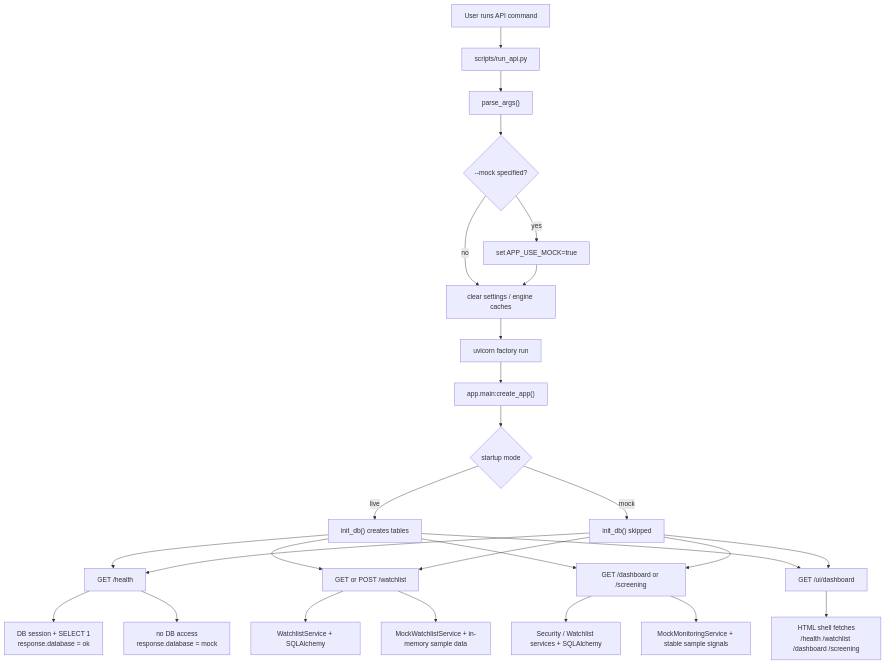
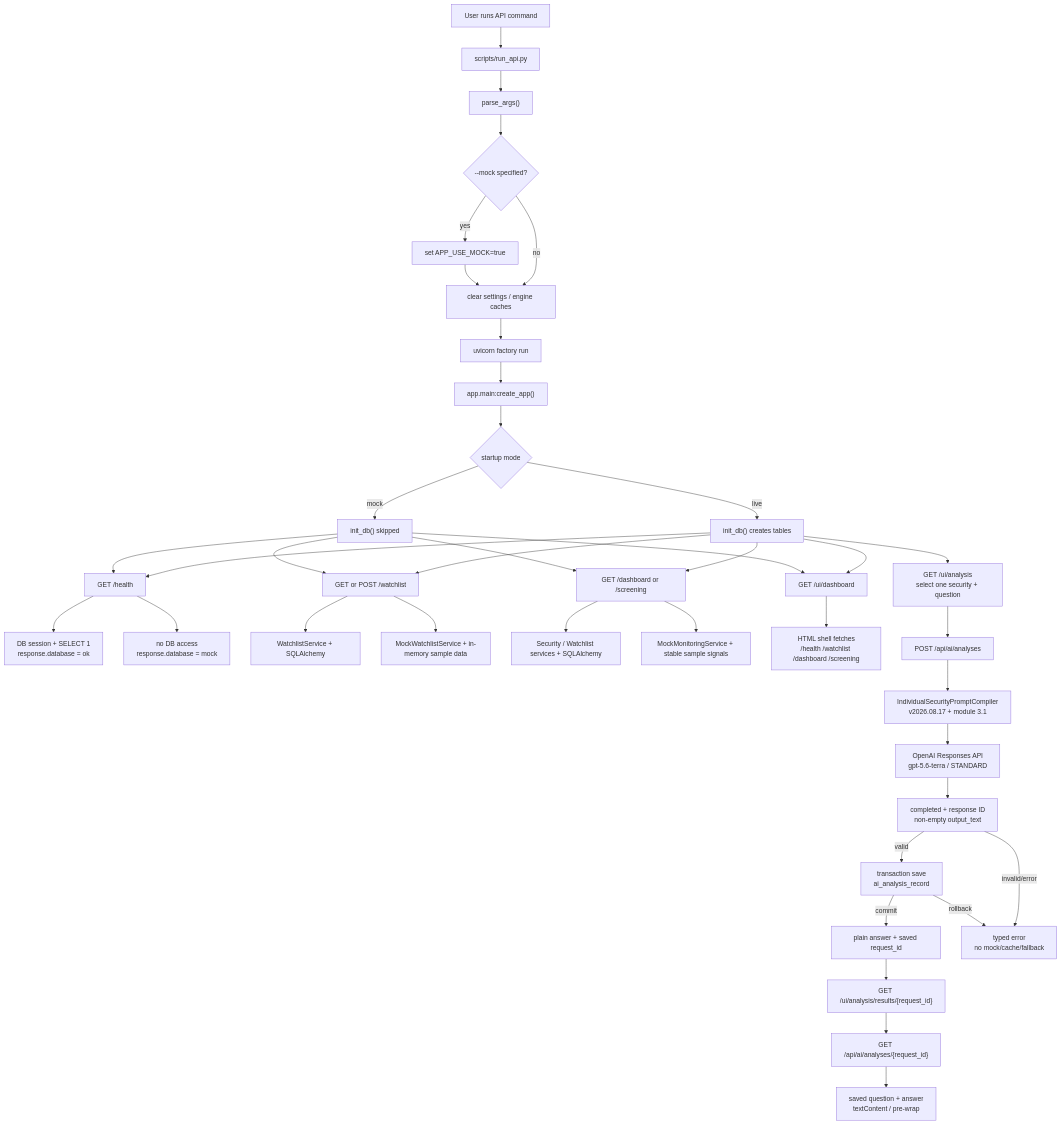
One commit to poly-tail/kabuhandan_hojo changed the diagram in docs/graphs/src/api_runtime_flow.mmd. Above: the diagram before and after it, drawn with Mermaid. The commit also changed 36 other files, not shown here.

Commit message:
feat: persist AI analyses and add large reader

```diff
--- a/docs/graphs/src/api_runtime_flow.mmd
+++ b/docs/graphs/src/api_runtime_flow.mmd
@@ -1,50 +1,73 @@
 flowchart TD
     start["User runs API command"]
     runner["scripts/run_api.py"]
     parse["parse_args()"]
     branch{"--mock specified?"}
     mockEnv["set APP_USE_MOCK=true"]
     clear["clear settings / engine caches"]
     uvicorn["uvicorn factory run"]
     create["app.main:create_app()"]
     lifespan{"startup mode"}
     liveInit["init_db() creates tables"]
     mockInit["init_db() skipped"]
     health["GET /health"]
     watchlist["GET or POST /watchlist"]
     monitoring["GET /dashboard or /screening"]
     ui["GET /ui/dashboard"]
     healthLive["DB session + SELECT 1\nresponse.database = ok"]
     healthMock["no DB access\nresponse.database = mock"]
     watchLive["WatchlistService + SQLAlchemy"]
     watchMock["MockWatchlistService + in-memory sample data"]
     monitoringLive["Security / Watchlist services + SQLAlchemy"]
     monitoringMock["MockMonitoringService + stable sample signals"]
     uiShell["HTML shell fetches\n/health /watchlist /dashboard /screening"]
+    analysisUi["GET /ui/analysis\nselect one security + question"]
+    analysisPost["POST /api/ai/analyses"]
+    promptCompiler["IndividualSecurityPromptCompiler\nv2026.08.17 + module 3.1"]
+    openai["OpenAI Responses API\ngpt-5.6-terra / STANDARD"]
+    validate["completed + response ID\nnon-empty output_text"]
+    save["transaction save\nai_analysis_record"]
+    answer["plain answer + saved request_id"]
+    reader["GET /ui/analysis/results/{request_id}"]
+    savedGet["GET /api/ai/analyses/{request_id}"]
+    savedAnswer["saved question + answer\ntextContent / pre-wrap"]
+    analysisError["typed error\nno mock/cache/fallback"]
 
     start --> runner
     runner --> parse
     parse --> branch
     branch -->|yes| mockEnv
     branch -->|no| clear
     mockEnv --> clear
     clear --> uvicorn
     uvicorn --> create
     create --> lifespan
     lifespan -->|live| liveInit
     lifespan -->|mock| mockInit
     liveInit --> health
     liveInit --> watchlist
     liveInit --> monitoring
     liveInit --> ui
+    liveInit --> analysisUi
     mockInit --> health
     mockInit --> watchlist
     mockInit --> monitoring
     mockInit --> ui
     health --> healthLive
     health --> healthMock
     watchlist --> watchLive
     watchlist --> watchMock
     monitoring --> monitoringLive
     monitoring --> monitoringMock
     ui --> uiShell
+    analysisUi --> analysisPost
+    analysisPost --> promptCompiler
+    promptCompiler --> openai
+    openai --> validate
+    validate -->|valid| save
+    validate -->|invalid/error| analysisError
+    save -->|commit| answer
+    save -->|rollback| analysisError
+    answer --> reader
+    reader --> savedGet
+    savedGet --> savedAnswer
```
